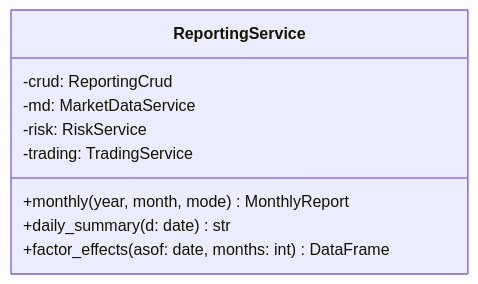
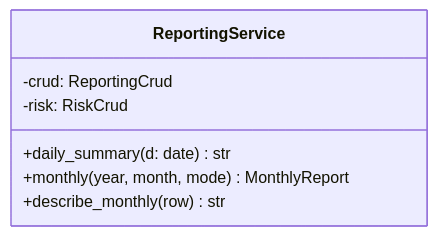
One commit to HoyoungParkme/quant-rebalance-bot changed diagram 15 of 17 in docs/specs/06-DOM/QBOT-DOM-002.md. Above: the diagram before and after it, drawn with Mermaid. The commit also changed other lines of this file, not shown here.

Commit message:
구현 반영: 조회 포트와 주문 포트 분리(6장 미결 2 해소), risk에 OrderGate·ValuationRecorder·LiveGate, reporting crud 추가, 폴더 구조를 실제와 맞춤, 입구 동시성 규칙

````diff
--- a/docs/specs/06-DOM/QBOT-DOM-002.md
+++ b/docs/specs/06-DOM/QBOT-DOM-002.md
@@ -323,12 +357,10 @@
 ```mermaid
 classDiagram
   class ReportingService {
     -crud: ReportingCrud
-    -md: MarketDataService
-    -risk: RiskService
-    -trading: TradingService
+    -risk: RiskCrud
+    +daily_summary(d: date) str
     +monthly(year, month, mode) MonthlyReport
-    +daily_summary(d: date) str
-    +factor_effects(asof: date, months: int) DataFrame
+    +describe_monthly(row) str
   }
 ```
````
